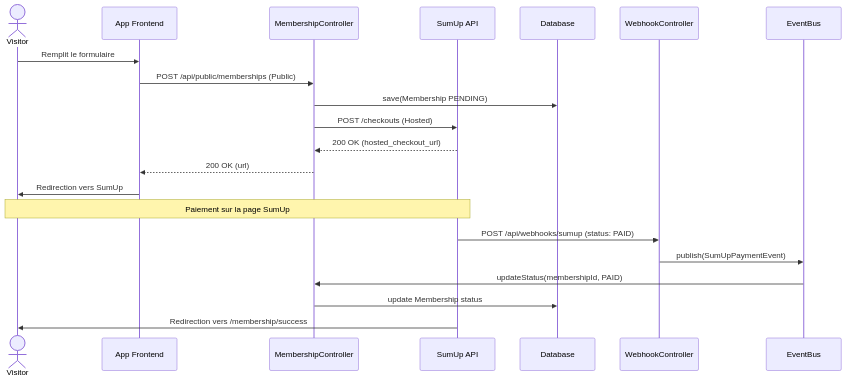
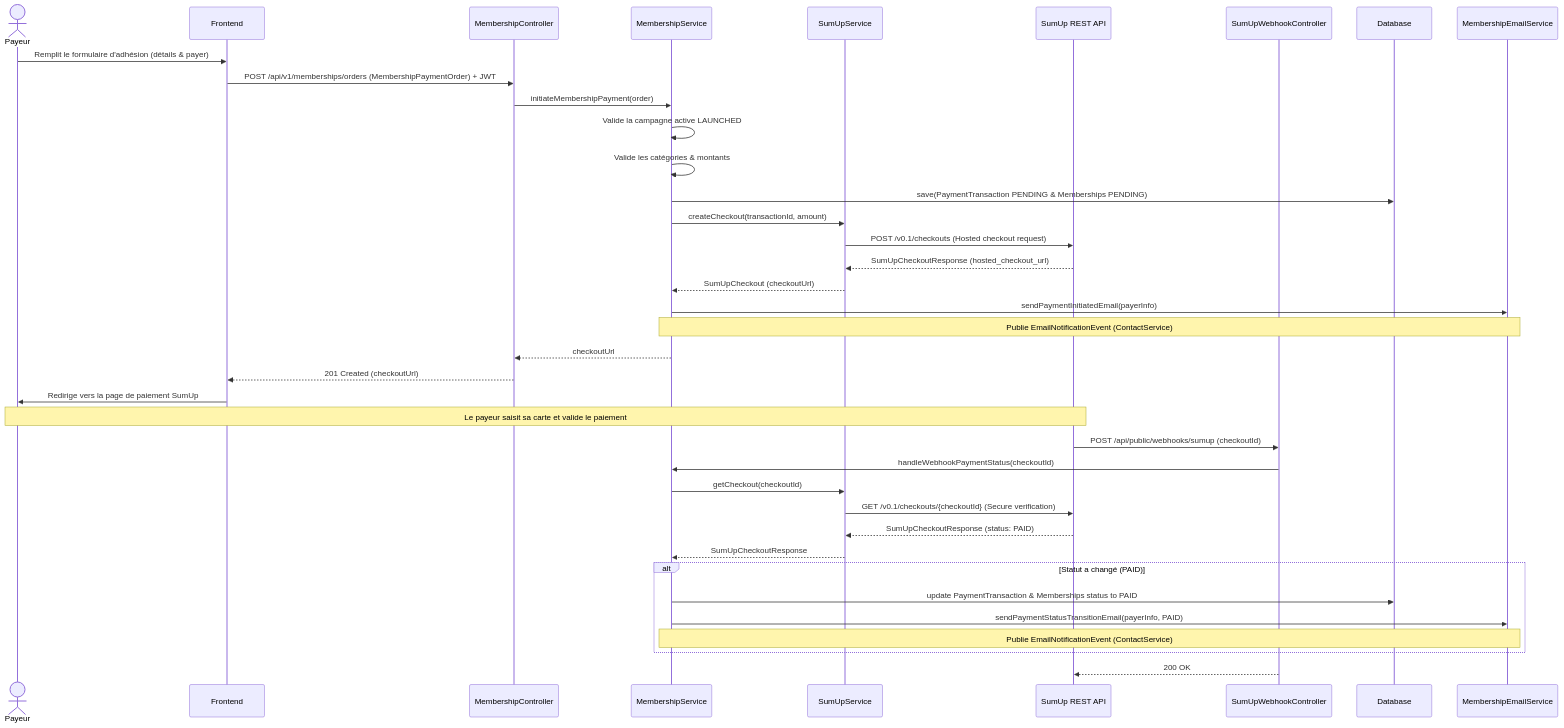
One commit to bbsebb/ashs-new changed diagram 43 of 45 in docs/design_document.md. Above: the diagram before and after it, drawn with Mermaid. The commit also changed other lines of this file and 17 other files, not shown here.

````diff
--- a/docs/design_document.md
+++ b/docs/design_document.md
@@ -1336,27 +1367,40 @@
 ```mermaid
 sequenceDiagram
-    actor Visitor
-    participant App as App Frontend
-    participant API as MembershipController
-    participant SumUp as SumUp API
+    actor Payeur
+    participant App as Frontend
+    participant Ctrl as MembershipController
+    participant Service as MembershipService
+    participant SumUpService as SumUpService
+    participant SumUpAPI as SumUp REST API
+    participant Webhook as SumUpWebhookController
     participant DB as Database
-    participant Hook as WebhookController
-    participant Bus as EventBus
-
-    Visitor->>App: Remplit le formulaire
-    App->>API: POST /api/public/memberships (Public)
-    API->>DB: save(Membership PENDING)
-    API->>SumUp: POST /checkouts (Hosted)
-    SumUp-->>API: 200 OK (hosted_checkout_url)
-    API-->>App: 200 OK (url)
-    App->>Visitor: Redirection vers SumUp
-    
-    Note over Visitor,SumUp: Paiement sur la page SumUp
-    
-    SumUp->>Hook: POST /api/webhooks/sumup (status: PAID)
-    Hook->>Bus: publish(SumUpPaymentEvent)
-    Bus->>API: updateStatus(membershipId, PAID)
-    API->>DB: update Membership status
-    
-    SumUp->>Visitor: Redirection vers /membership/success
+    participant Email as MembershipEmailService
+    Payeur ->> App: Remplit le formulaire d'adhésion (détails & payer)
+    App ->> Ctrl: POST /api/v1/memberships/orders (MembershipPaymentOrder) + JWT
+    Ctrl ->> Service: initiateMembershipPayment(order)
+    Service ->> Service: Valide la campagne active LAUNCHED
+    Service ->> Service: Valide les catégories & montants
+    Service ->> DB: save(PaymentTransaction PENDING & Memberships PENDING)
+    Service ->> SumUpService: createCheckout(transactionId, amount)
+    SumUpService ->> SumUpAPI: POST /v0.1/checkouts (Hosted checkout request)
+    SumUpAPI -->> SumUpService: SumUpCheckoutResponse (hosted_checkout_url)
+    SumUpService -->> Service: SumUpCheckout (checkoutUrl)
+    Service ->> Email: sendPaymentInitiatedEmail(payerInfo)
+    Note over Service, Email: Publie EmailNotificationEvent (ContactService)
+    Service -->> Ctrl: checkoutUrl
+    Ctrl -->> App: 201 Created (checkoutUrl)
+    App ->> Payeur: Redirige vers la page de paiement SumUp
+    Note over Payeur, SumUpAPI: Le payeur saisit sa carte et valide le paiement
+    SumUpAPI ->> Webhook: POST /api/public/webhooks/sumup (checkoutId)
+    Webhook ->> Service: handleWebhookPaymentStatus(checkoutId)
+    Service ->> SumUpService: getCheckout(checkoutId)
+    SumUpService ->> SumUpAPI: GET /v0.1/checkouts/{checkoutId} (Secure verification)
+    SumUpAPI -->> SumUpService: SumUpCheckoutResponse (status: PAID)
+    SumUpService -->> Service: SumUpCheckoutResponse
+    alt Statut a changé (PAID)
+        Service ->> DB: update PaymentTransaction & Memberships status to PAID
+        Service ->> Email: sendPaymentStatusTransitionEmail(payerInfo, PAID)
+        Note over Service, Email: Publie EmailNotificationEvent (ContactService)
+    end
+    Webhook -->> SumUpAPI: 200 OK
 ```
````
